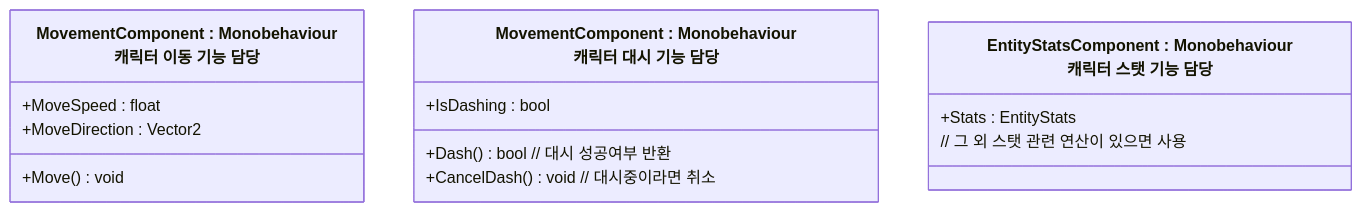
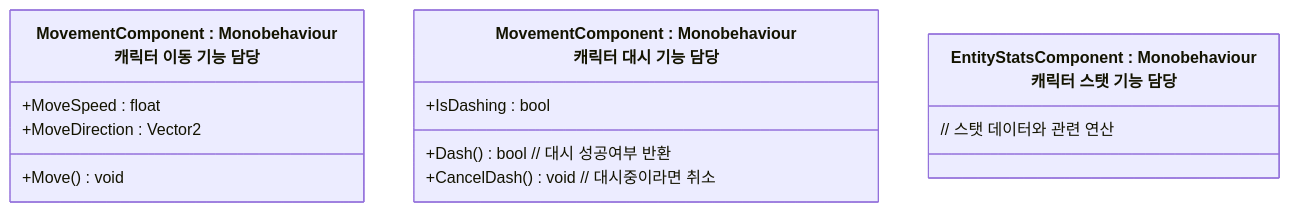
The second of 6 diagrams in README/Entity_설계.md (JIN5EOK/DungeonShooter), drawn with Mermaid before and after one commit. The commit also changed other lines of this file and 5 other files, not shown here.

````diff
--- a/README/Entity_설계.md
+++ b/README/Entity_설계.md
@@ -24,17 +24,16 @@
 ```mermaid
 classDiagram
     class MovementComponent["MovementComponent : Monobehaviour<br>캐릭터 이동 기능 담당"]{
         +MoveSpeed : float
         +MoveDirection : Vector2
         +Move() void
     }
     class DashComponent["MovementComponent : Monobehaviour<br>캐릭터 대시 기능 담당"]{
         +IsDashing : bool
         +Dash() bool // 대시 성공여부 반환
         +CancelDash() void // 대시중이라면 취소
     }
     class EntityStatsComponent["EntityStatsComponent : Monobehaviour<br>캐릭터 스탯 기능 담당"]{
-        +Stats : EntityStats
-        // 그 외 스탯 관련 연산이 있으면 사용
+        // 스탯 데이터와 관련 연산
     }
 ```
````
